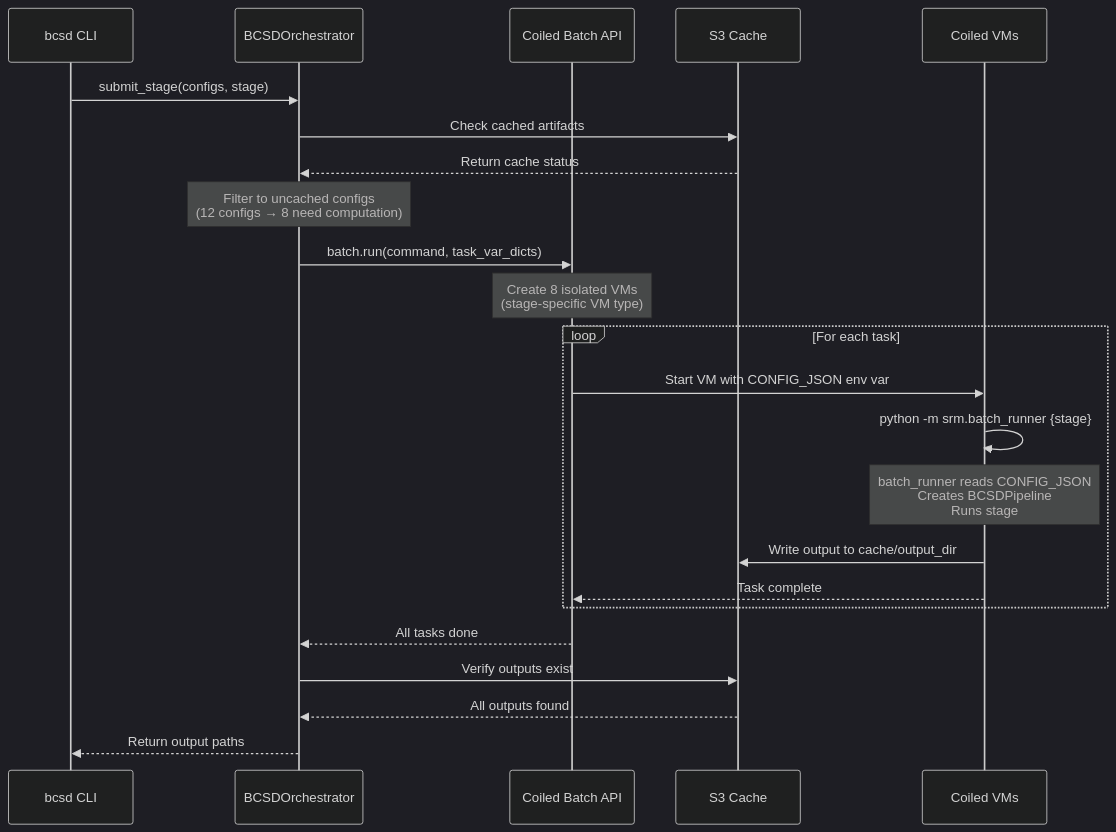
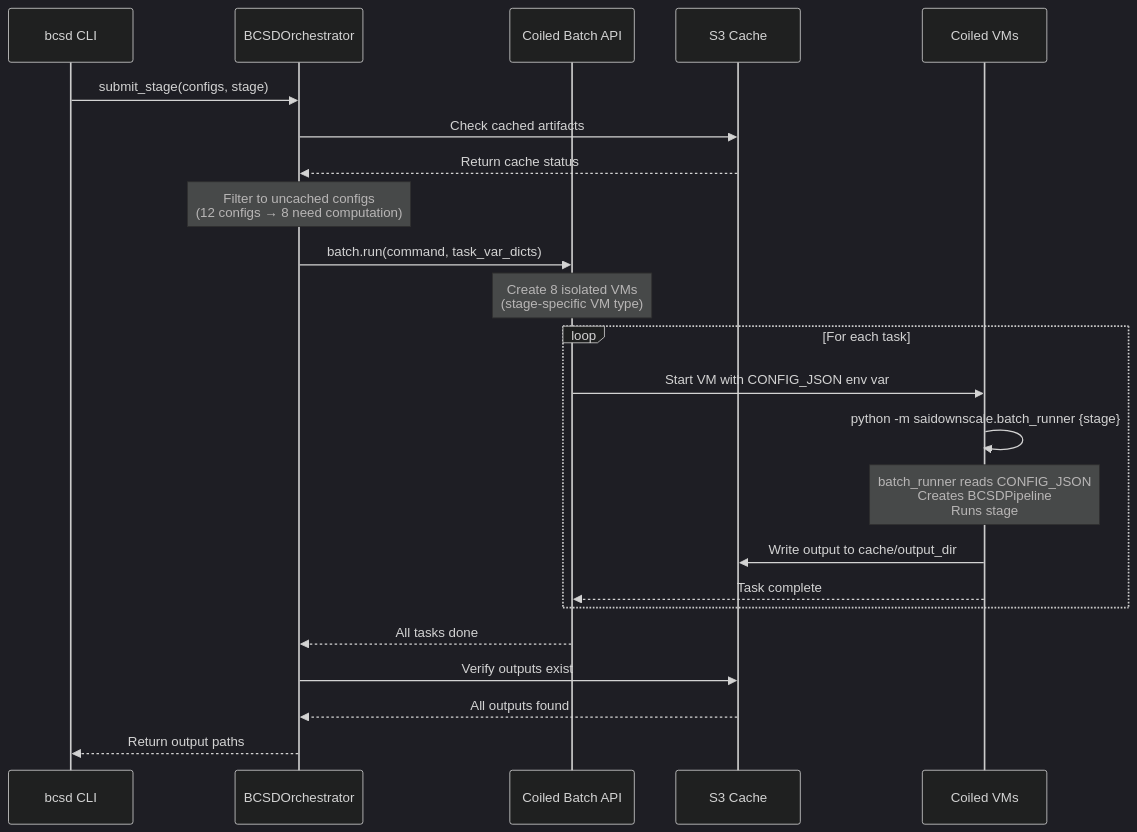
The second of 3 diagrams in docs/explanation/pipeline-architecture.md (carbonplan/sai-downscaling), drawn with Mermaid (dark theme) before and after one commit. The commit also changed other lines of this file and 174 other files, not shown here.

Commit message:
name change from srm to saidownscale

````diff
--- a/docs/explanation/pipeline-architecture.md
+++ b/docs/explanation/pipeline-architecture.md
@@ -168,30 +168,30 @@
 ```mermaid
 sequenceDiagram
     participant CLI as bcsd CLI
     participant Orch as BCSDOrchestrator
     participant Coiled as Coiled Batch API
     participant S3 as S3 Cache
     participant VM as Coiled VMs
     
     CLI->>Orch: submit_stage(configs, stage)
     Orch->>S3: Check cached artifacts
     S3-->>Orch: Return cache status
     
     Note over Orch: Filter to uncached configs<br/>(12 configs → 8 need computation)
     
     Orch->>Coiled: batch.run(command, task_var_dicts)
     Note over Coiled: Create 8 isolated VMs<br/>(stage-specific VM type)
     
     loop For each task
         Coiled->>VM: Start VM with CONFIG_JSON env var
-        VM->>VM: python -m srm.batch_runner {stage}
+        VM->>VM: python -m saidownscale.batch_runner {stage}
         Note over VM: batch_runner reads CONFIG_JSON<br/>Creates BCSDPipeline<br/>Runs stage
         VM->>S3: Write output to cache/output_dir
         VM-->>Coiled: Task complete
     end
     
     Coiled-->>Orch: All tasks done
     Orch->>S3: Verify outputs exist
     S3-->>Orch: All outputs found
     Orch-->>CLI: Return output paths
 ```
````
